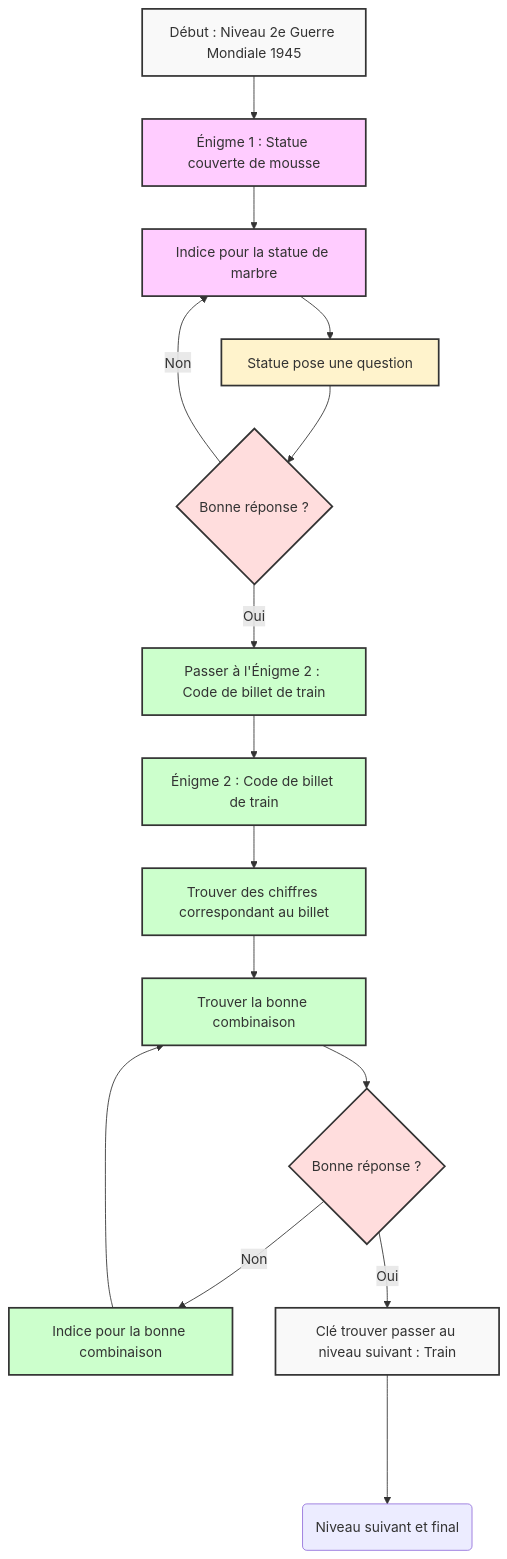
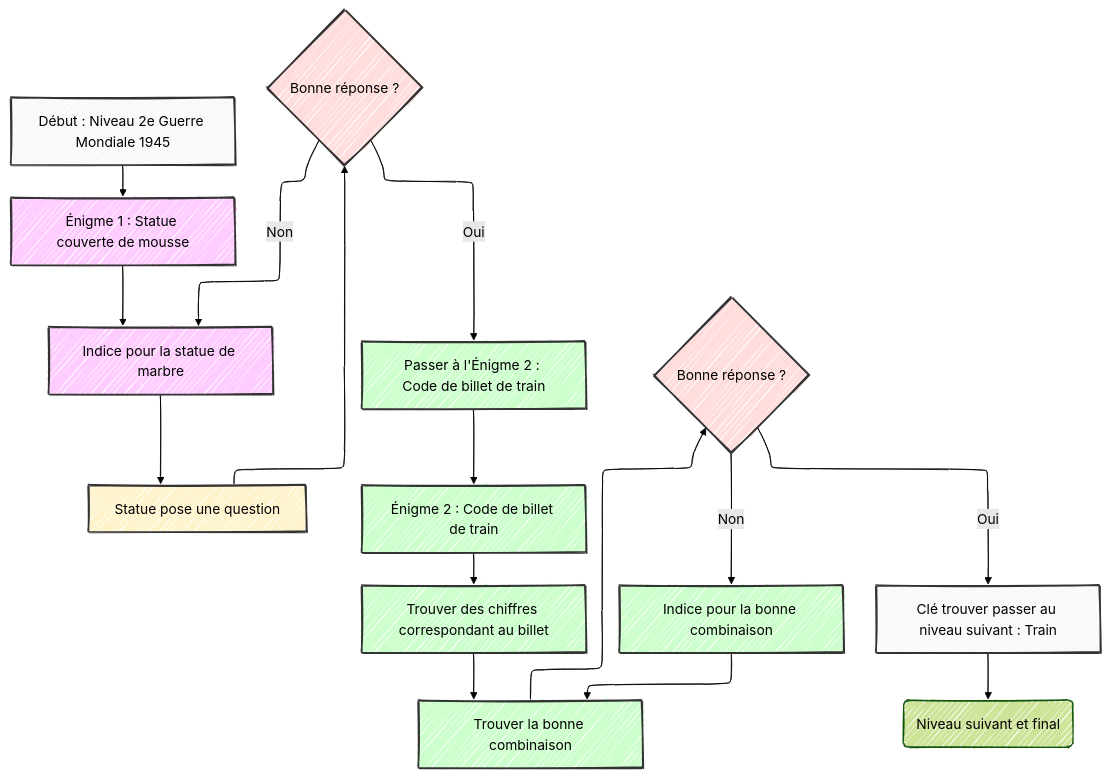
The diagram in schemas/1945.md (Chrono-Escape-Project/VR-Escape-Game), drawn with Mermaid before and after one commit. The commit also changed 2 other files, not shown here.

Commit message:
finished mermaid graph

````diff
--- a/schemas/1945.md
+++ b/schemas/1945.md
@@ -1,36 +1,45 @@
 ```mermaid
-graph TD;
-    classDef startend fill:#f9f9f9,stroke:#333,stroke-width:2px;
-    classDef enigme1 fill:#FFCCFF,stroke:#333,stroke-width:2px;
-    classDef enigme2 fill:#CCFFCC,stroke:#333,stroke-width:2px;
-    classDef enigme3 fill:#CCCCFF,stroke:#333,stroke-width:2px;
-    classDef question fill:#FFF3CC,stroke:#333,stroke-width:2px;
-    classDef decision fill:#FFDDDD,stroke:#333,stroke-width:2px;
-
-    A[Début : Niveau 2e Guerre Mondiale 1945]:::startend --> B[Énigme 1 : Statue couverte de mousse]:::enigme1;
-    B --> C[Interaction avec la statue]:::enigme1;
-    C --> D[Statue pose une question]:::question;
-
-    %% Vérification de la réponse de la statue
-    D --> E{Bonne réponse ?}:::decision;
-    E -- Oui --> F[Passer à l'Énigme 2 : Code de billet de train]:::enigme2;
-    E -- Non --> C[Indice pour la statue de marbre]:::enigme1;
-
-    %% Énigme 2 : 
-    F --> H[Énigme 2 : Code de billet de train]:::enigme2;
-    H --> I[Trouver des chiffres correspondant au billet]:::enigme2;
-    I --> J[Trouver la bonne combinaison]:::enigme2;
-
-    %% Vérification de la réponse de la fresque
-    J --> K{Bonne réponse ?}:::decision;
-   
-    K -- Non --> N[Indice pour la bonne combinaison]:::enigme2;
-    N --> J;
-
-    %% Obtention de la clé et boucles de retour
-    K -- Oui --> M[Clé trouver passer au niveau suivant : Train]:::startend;
-    M ----> O(Niveau suivant et final);
+---
+config:
+  theme: forest
+  look: handDrawn
+  layout: elk
+---
+flowchart TD
+    A["Début : Niveau 2e Guerre Mondiale 1945"] --> B["Énigme 1 : Statue couverte de mousse"]
+    B --> C["Indice pour la statue de marbre"]
+    C --> D["Statue pose une question"]
+    D --> E{"Bonne réponse ?"}
+    E -- Oui --> F["Passer à l'Énigme 2 : Code de billet de train"]
+    E -- Non --> C
+    F --> H["Énigme 2 : Code de billet de train"]
+    H --> I["Trouver des chiffres correspondant au billet"]
+    I --> J["Trouver la bonne combinaison"]
+    J --> K{"Bonne réponse ?"}
+    K -- Non --> N["Indice pour la bonne combinaison"]
+    N --> J
+    K -- Oui --> M["Clé trouver passer au niveau suivant : Train"]
+    M ----> O("Niveau suivant et final")
+     A:::startend
+     B:::enigme1
+     C:::enigme1
+     C:::enigme1
+     D:::question
+     E:::decision
+     F:::enigme2
+     H:::enigme2
+     I:::enigme2
+     J:::enigme2
+     K:::decision
+     N:::enigme2
+     M:::startend
+    classDef startend fill:#f9f9f9,stroke:#333,stroke-width:2px
+    classDef enigme1 fill:#FFCCFF,stroke:#333,stroke-width:2px
+    classDef enigme2 fill:#CCFFCC,stroke:#333,stroke-width:2px
+    classDef enigme3 fill:#CCCCFF,stroke:#333,stroke-width:2px
+    classDef question fill:#FFF3CC,stroke:#333,stroke-width:2px
+    classDef decision fill:#FFDDDD,stroke:#333,stroke-width:2px
 
     
 
 ```
````
